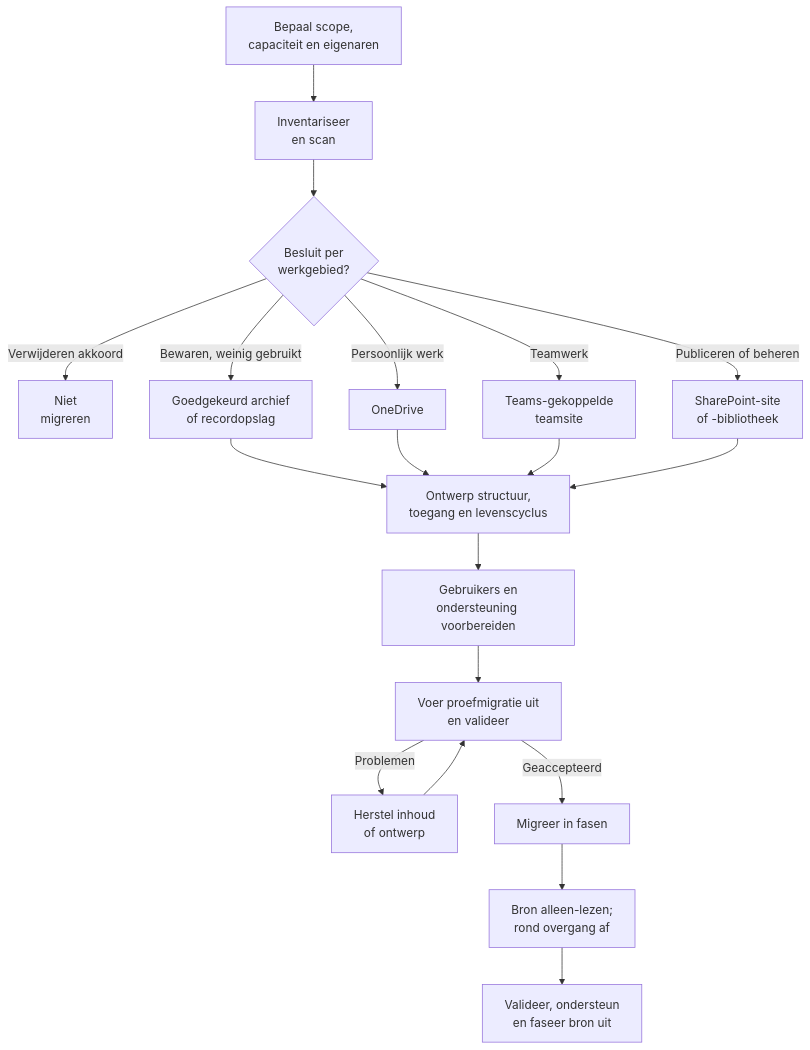
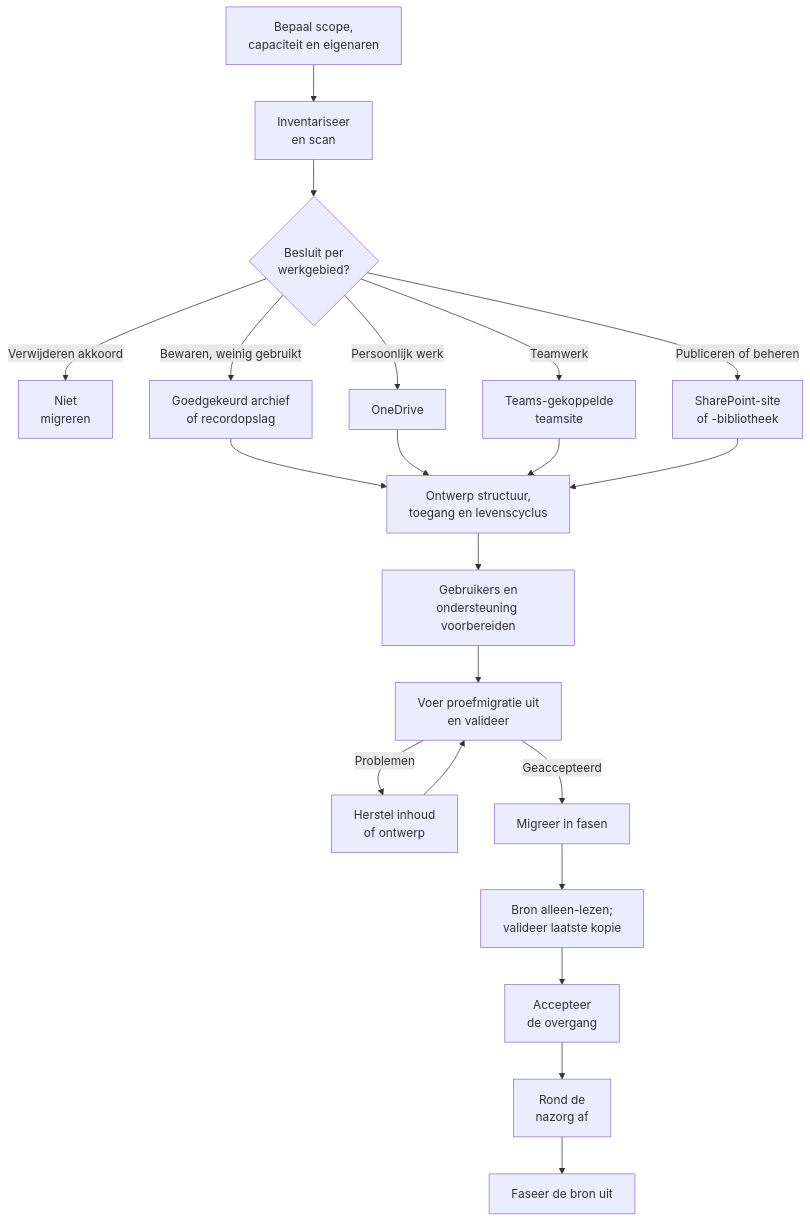
The first of 2 diagrams in i18n/nl/docusaurus-plugin-content-docs/current/admin-and-governance/migrate-file-server-to-sharepoint.md (DwayneSelsig/M365wizard), drawn with Mermaid before and after one commit. The commit also changed other lines of this file and 1 other file, not shown here.

````diff
--- a/i18n/nl/docusaurus-plugin-content-docs/current/admin-and-governance/migrate-file-server-to-sharepoint.md
+++ b/i18n/nl/docusaurus-plugin-content-docs/current/admin-and-governance/migrate-file-server-to-sharepoint.md
@@ -26,22 +26,24 @@
 ```mermaid
 flowchart TD
     Scope[Bepaal scope,<br/>capaciteit en eigenaren] --> Assess[Inventariseer<br/>en scan]
     Assess --> Decide{Besluit per<br/>werkgebied?}
     Decide -->|Verwijderen akkoord| Delete[Niet<br/>migreren]
     Decide -->|Bewaren, weinig gebruikt| Archive[Goedgekeurd archief<br/>of recordopslag]
     Decide -->|Persoonlijk werk| OneDrive[OneDrive]
     Decide -->|Teamwerk| Team[Teams-gekoppelde<br/>teamsite]
     Decide -->|Publiceren of beheren| SharePoint[SharePoint-site<br/>of -bibliotheek]
 
     Archive --> Design[Ontwerp structuur,<br/>toegang en levenscyclus]
     OneDrive --> Design
     Team --> Design
     SharePoint --> Design
     Design --> Prepare[Gebruikers en<br/>ondersteuning voorbereiden]
     Prepare --> Pilot[Voer proefmigratie uit<br/>en valideer]
     Pilot -->|Problemen| Fix[Herstel inhoud<br/>of ontwerp]
     Fix --> Pilot
     Pilot -->|Geaccepteerd| Waves[Migreer in fasen]
-    Waves --> Cutover[Bron alleen-lezen;<br/>rond overgang af]
-    Cutover --> Review[Valideer, ondersteun<br/>en faseer bron uit]
+    Waves --> Cutover[Bron alleen-lezen;<br/>valideer laatste kopie]
+    Cutover --> Accept[Accepteer<br/>de overgang]
+    Accept --> Aftercare[Rond de<br/>nazorg af]
+    Aftercare --> Retire[Faseer de bron uit]
 ```
````
